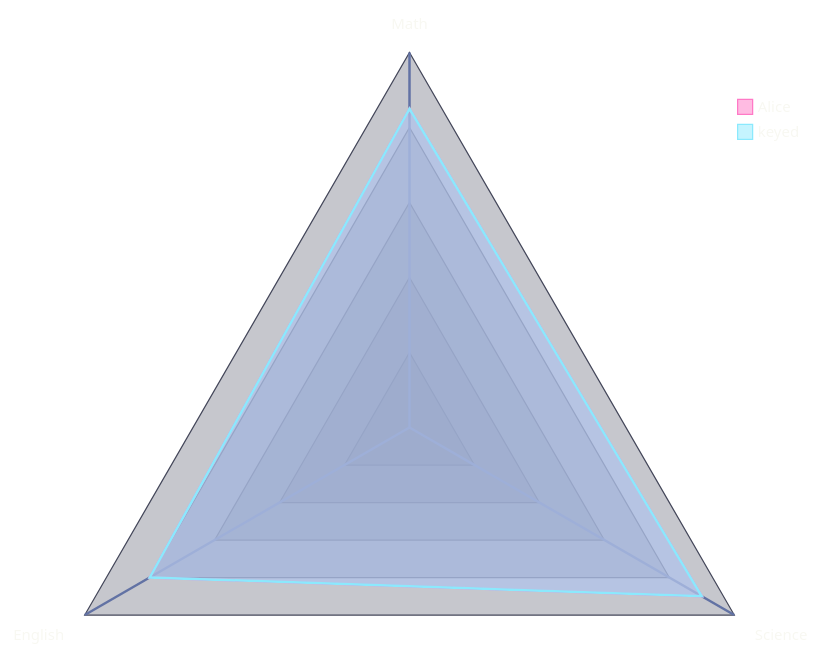
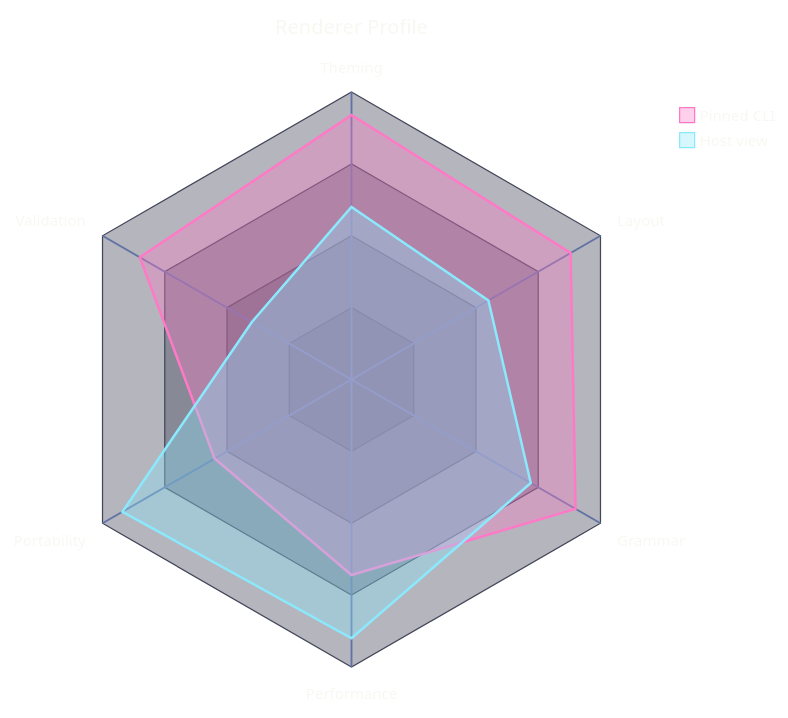
The ninth of 25 diagrams in .claude/skills/mermaid-diagramming/references/syntax-extended.md (bsamiee/Rasm), drawn with Mermaid before and after one commit. The commit also changed other lines of this file and 56 other files, not shown here.

````diff
--- a/.claude/skills/mermaid-diagramming/references/syntax-extended.md
+++ b/.claude/skills/mermaid-diagramming/references/syntax-extended.md
@@ -298,31 +469,42 @@
 ```mermaid
 ---
 config:
   theme: base
   look: classic
+  radar:
+    width: 460
+    height: 460
+    marginLeft: 120
+    marginRight: 120
+    marginTop: 60
+    marginBottom: 60
   themeVariables:
     darkMode: true
     fontFamily: "SF Mono, Menlo, Cascadia Mono, Segoe UI Mono, Consolas, monospace"
     useGradient: false
     dropShadow: "none"
     textColor: "#F8F8F2"
     titleColor: "#F8F8F2"
     cScale0: "#FF79C6"
     cScale1: "#8BE9FD"
     radar:
       axisColor: "#6272A4"
+      axisStrokeWidth: 1.5
       graticuleColor: "#44475A"
-      curveOpacity: 0.5
+      graticuleOpacity: 0.4
+      curveOpacity: 0.35
+      curveStrokeWidth: 2
 ---
 radar-beta
-  accTitle: Profile demo
-  accDescr: A positional and a keyed curve compared across three axes.
-  axis m["Math"], s["Science"], e["English"]
-  curve alice["Alice"]{85, 90, 80}
-  curve keyed{ m: 85, s: 90, e: 80 }
+  accTitle: Renderer profile
+  accDescr: The pinned renderer compared against the host viewer across six capability axes.
+  title Renderer Profile
+  axis th["Theming"], la["Layout"], gr["Grammar"], pf["Performance"], po["Portability"], va["Validation"]
+  curve pinned["Pinned CLI"]{ th: 92, la: 88, gr: 90, pf: 68, po: 55, va: 85 }
+  curve host["Host view"]{ th: 60, la: 55, gr: 72, pf: 90, po: 92, va: 40 }
   showLegend true
   graticule polygon
-  ticks 5
+  ticks 4
   max 100
   min 0
 ```
````
